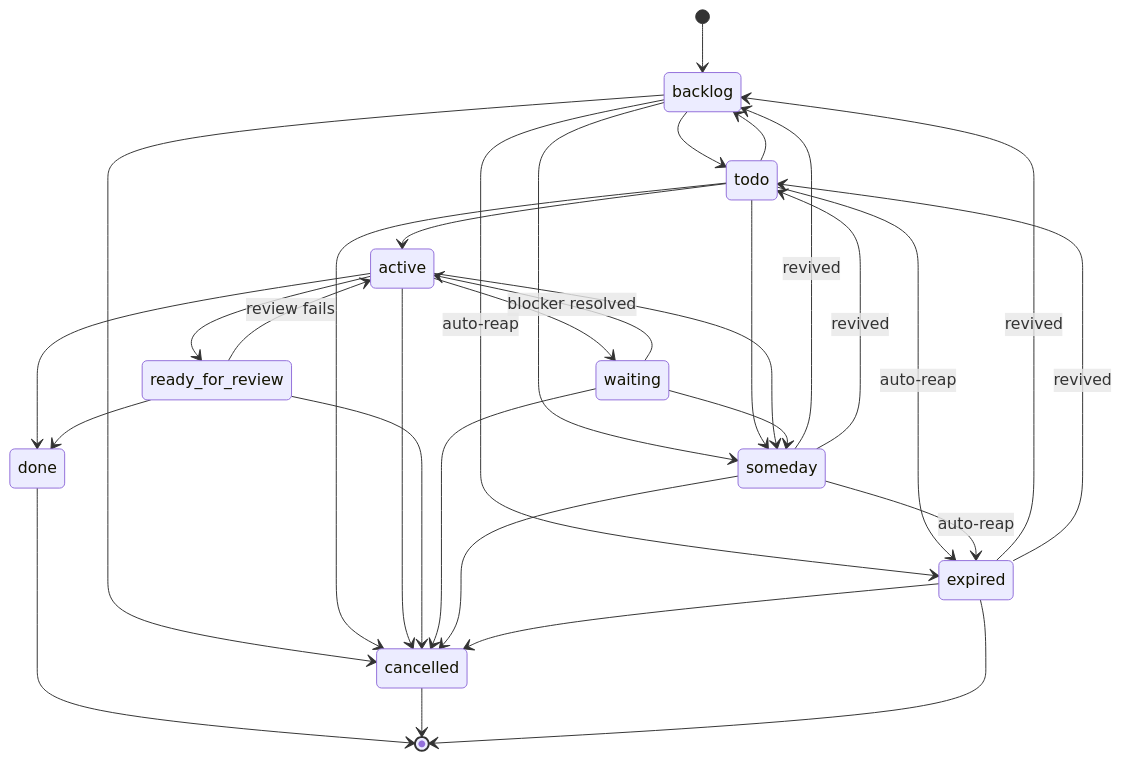
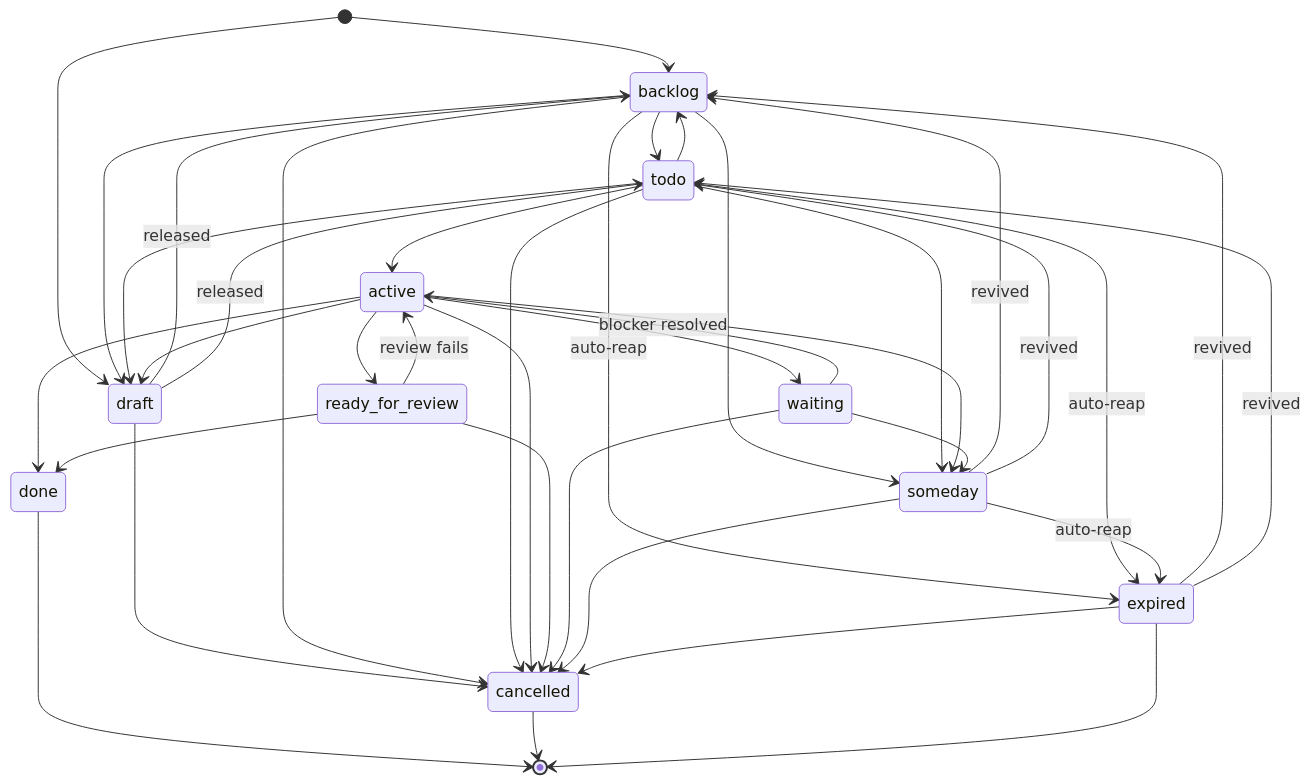
One commit to gptme/gptme-contrib changed the diagram in packages/gptodo/README.md. Above: the diagram before and after it, drawn with Mermaid. The commit also changed other lines of this file and 13 other files, not shown here.

````diff
--- a/packages/gptodo/README.md
+++ b/packages/gptodo/README.md
@@ -259,34 +266,41 @@
 ```mermaid
 stateDiagram-v2
     [*] --> backlog
+    [*] --> draft
+    draft --> backlog : released
+    draft --> todo : released
+    draft --> cancelled
     backlog --> todo
+    backlog --> draft
     backlog --> someday
     backlog --> cancelled
     todo --> active
     todo --> backlog
+    todo --> draft
     todo --> someday
     todo --> cancelled
     active --> ready_for_review
     active --> waiting
+    active --> draft
     active --> someday
     active --> done
     active --> cancelled
     ready_for_review --> active : review fails
     ready_for_review --> done
     ready_for_review --> cancelled
     waiting --> active : blocker resolved
     waiting --> someday
     waiting --> cancelled
     someday --> backlog : revived
     someday --> todo : revived
     someday --> cancelled
     backlog --> expired : auto-reap
     todo --> expired : auto-reap
     someday --> expired : auto-reap
     expired --> backlog : revived
     expired --> todo : revived
     expired --> cancelled
     done --> [*]
     cancelled --> [*]
     expired --> [*]
 ```
````
